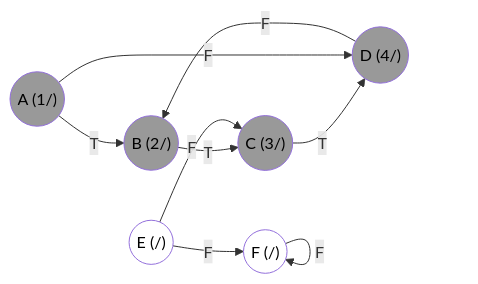
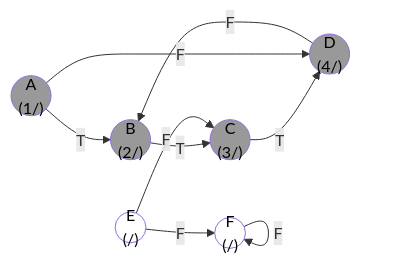
Before and after one commit to UFMG-Organizacao-de-Disciplinas/DCC865-Projeto_e_Analise_de_Algoritmos: the tenth of 27 diagrams in 2024.2/Materiais enviados/Listas/Resoluções/Lista 3.md, drawn with Mermaid. The commit also changed other lines of this file and 1 other file, not shown here.

````diff
--- a/2024.2/Materiais enviados/Listas/Resoluções/Lista 3.md
+++ b/2024.2/Materiais enviados/Listas/Resoluções/Lista 3.md
@@ -544,28 +547,28 @@
 ```mermaid
 graph LR
     %% Coloração: fundo branco, texto preto
     style A fill:#999,color:#000
     style B fill:#999,color:#000
     style C fill:#999,color:#000
     style D fill:#999,color:#000
     style E fill:#fff,color:#000
     style F fill:#fff,color:#000
     
     %% Vértices
-    A(("A (1/)"))
-    B(("B (2/)"))
-    C(("C (3/)"))
-    D(("D (4/)"))
-    E(("E (/)"))
-    F(("F (/)"))
+    A(("A <br> (1/)"))
+    B(("B <br> (2/)"))
+    C(("C <br> (3/)"))
+    D(("D <br> (4/)"))
+    E(("E <br> (/)"))
+    F(("F <br> (/)"))
 
     %% Arestas
     A -->|T| B
     B -->|T| C
     C -->|T| D
     A -->|F| D
     D -->|F| B
     E -->|F| C
     E -->|F| F
     F -->|F| F
 ```
````
